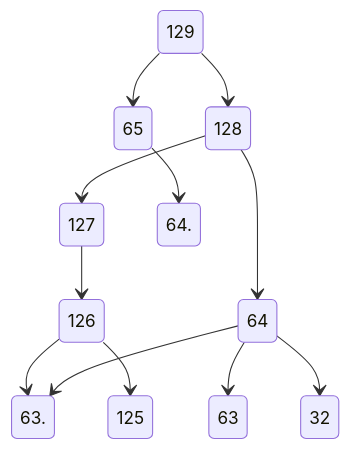
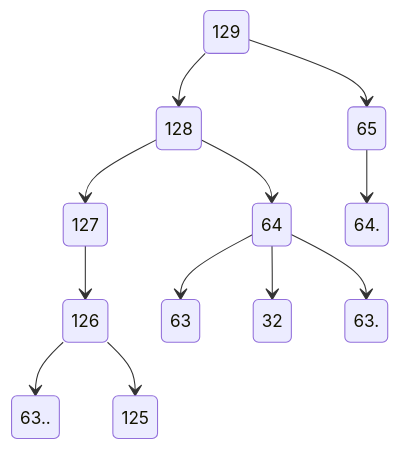
One commit to viktorshandrikov/repository-1 changed the diagram in 19.md. Above: the diagram before and after it, drawn with Mermaid.

````diff
--- a/19.md
+++ b/19.md
@@ -1,14 +1,14 @@
 ```mermaid
 stateDiagram-v2
 129 --> 128
 129 --> 65
 128 --> 127
 128 --> 64
 65 --> 64.
 64 -->63 
 64 --> 32
 127-->126
-126 -->63.
+126 -->63..
 126 --> 125 
 64 --> 63.
 ```
````
